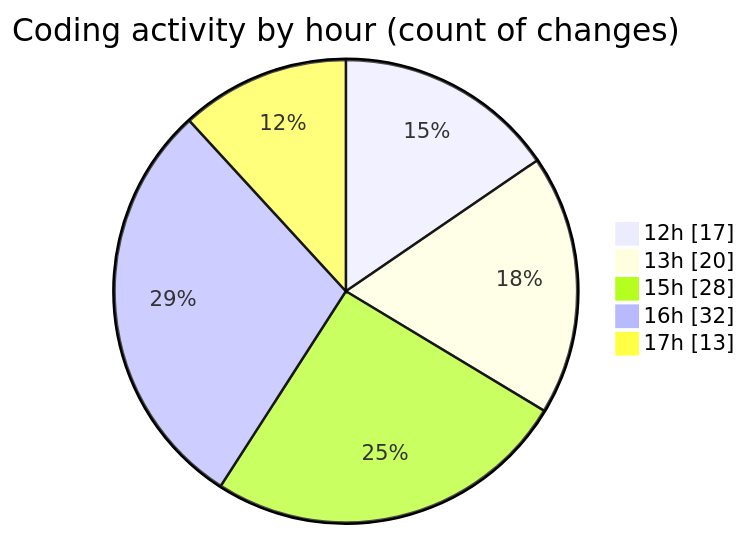
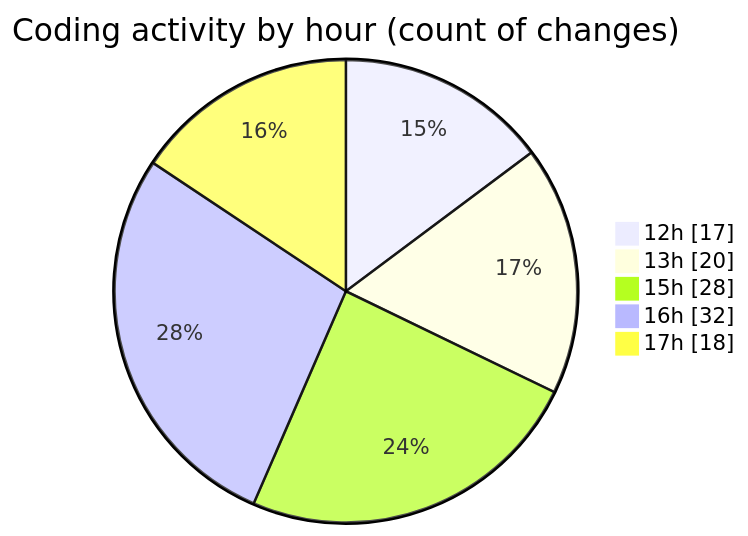
One commit to nxtqubesakshisongat/code-tracking changed the second of 2 diagrams in 2026-03-04/nxtqube_webapp/README.md. Above: the diagram before and after it, drawn with Mermaid. The commit also changed other lines of this file and 1 other file, not shown here.

````diff
--- a/2026-03-04/nxtqube_webapp/README.md
+++ b/2026-03-04/nxtqube_webapp/README.md
@@ -35,9 +35,9 @@
 ```mermaid
 pie showData
 title Coding activity by hour (count of changes)
 "12h" : 17
 "13h" : 20
 "15h" : 28
 "16h" : 32
-"17h" : 13
+"17h" : 18
 ```
````
